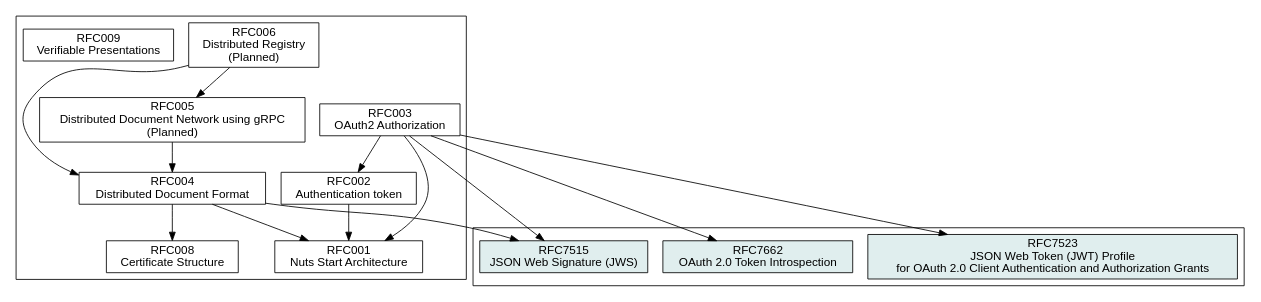
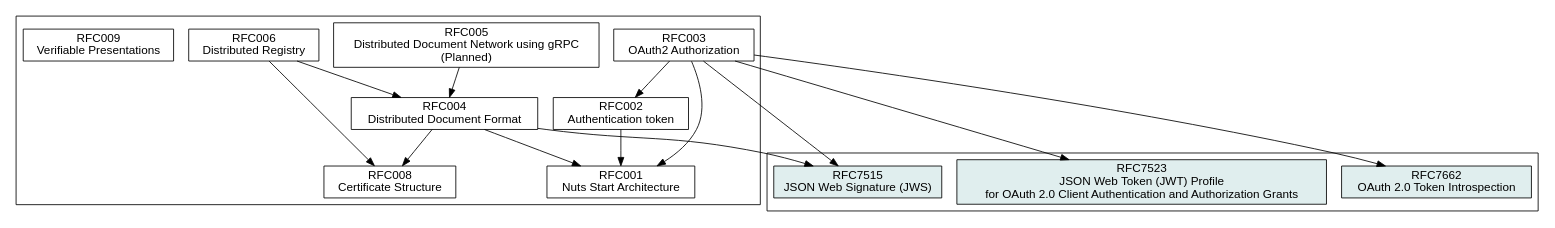
The diagram in .gitbook/source/spec-relations.dot (nuts-foundation/nuts-specification), drawn with Graphviz before and after one commit. The commit also changed 7 other files, not shown here.

Commit message:
RFC006 Distributed Registry draft

```diff
--- a/.gitbook/source/spec-relations.dot
+++ b/.gitbook/source/spec-relations.dot
@@ -1,43 +1,43 @@
 digraph D {
     graph [fontname = "helvetica"];
     node [fontname = "helvetica",shape=box];
     edge [fontname = "helvetica"];
     root = RFC001;
     overlap = false;
 
     // Internal RFCs
     subgraph cluster_internal {
         RFC001 [label = "RFC001\nNuts Start Architecture",href = "rfc001-nuts-start-architecture"];
         RFC002 [label = "RFC002\nAuthentication token",href = "rfc002-authentication-token"];
         RFC003 [label = "RFC003\nOAuth2 Authorization",href = "rfc003-oauth2-authorization"];
         RFC004 [label = "RFC004\nDistributed Document Format",href = "rfc004-distributed-document-format"];
         RFC005 [label = "RFC005\nDistributed Document Network using gRPC\n(Planned)",href = "rfc005-distributed-document-network-grpc"];
-        RFC006 [label = "RFC006\nDistributed Registry\n(Planned)",href = "rfc006-distributed-registry"];
+        RFC006 [label = "RFC006\nDistributed Registry",href = "rfc006-distributed-registry"];
         RFC008 [label = "RFC008\nCertificate Structure",href = "rfc008-certificate-structure"];
         RFC009 [label = "RFC009\nVerifiable Presentations",href = "rfc009-verifiable-presentations"];
     }
 
     // External RFCs
     subgraph cluster_external {
-        RFC7662_EXT [label = "RFC7662\nOAuth 2.0 Token Introspection", fillcolor=azure2, style=filled, href = "https://tools.ietf.org/html/rfc7662"]
-        RFC7523_EXT [label = "RFC7523\nJSON Web Token (JWT) Profile\nfor OAuth 2.0 Client Authentication and Authorization Grants", fillcolor=azure2, style=filled, href = "https://tools.ietf.org/html/rfc7523"]
-        RFC7515_EXT [label = "RFC7515\nJSON Web Signature (JWS)", fillcolor=azure2, style=filled, href = "https://tools.ietf.org/html/rfc7515"]
+        RFC7662_EXT [label = "RFC7662\nOAuth 2.0 Token Introspection", href = "https://tools.ietf.org/html/rfc7662", fillcolor = azure2, style = filled]
+        RFC7523_EXT [label = "RFC7523\nJSON Web Token (JWT) Profile\nfor OAuth 2.0 Client Authentication and Authorization Grants", href = "https://tools.ietf.org/html/rfc7523", fillcolor = azure2, style = filled,]
+        RFC7515_EXT [label = "RFC7515\nJSON Web Signature (JWS)", href = "https://tools.ietf.org/html/rfc7515", fillcolor = azure2, style = filled]
     }
 
     RFC002 -> RFC001
 
     RFC003 -> RFC001
     RFC003 -> RFC002
     RFC003 -> RFC7662_EXT
     RFC003 -> RFC7523_EXT
     RFC003 -> RFC7515_EXT
 
     RFC004 -> RFC001
     RFC004 -> RFC7515_EXT
     RFC004 -> RFC008
 
     RFC005 -> RFC004
 
     RFC006 -> RFC004
-    RFC006 -> RFC005
+    RFC006 -> RFC008
 }
```
